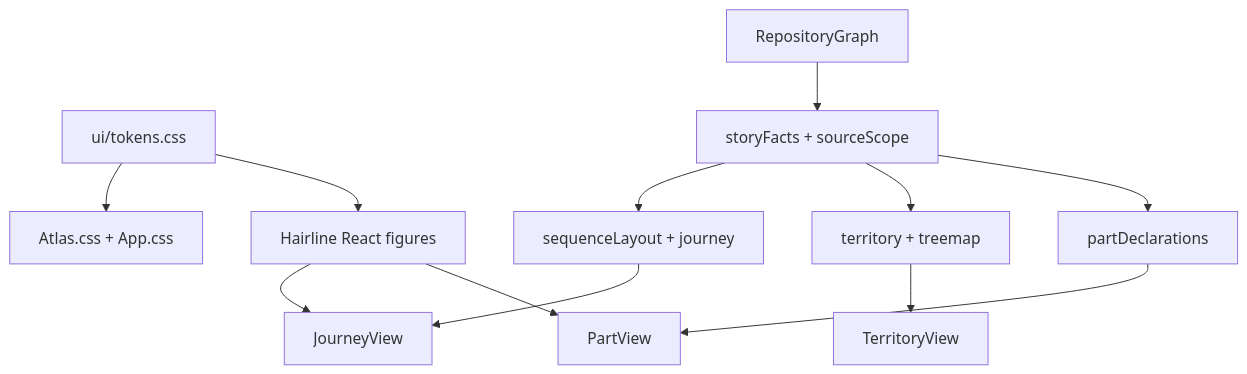
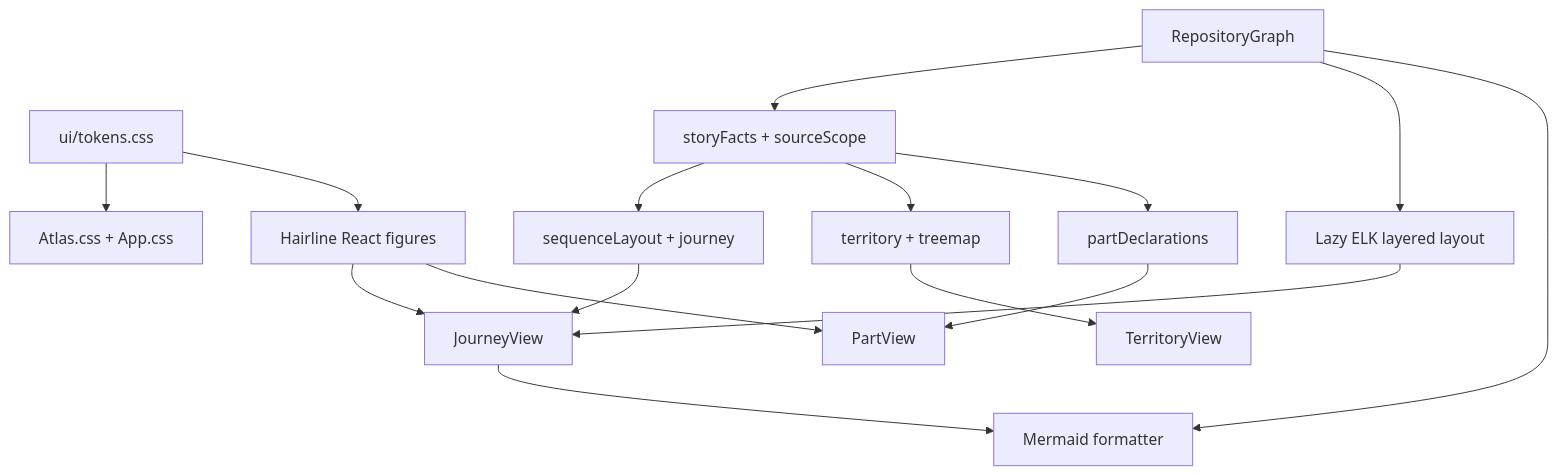
The second of 2 diagrams in README.md (Volpestyle/codebase-atlas), drawn with Mermaid before and after one commit. The commit also changed other lines of this file and 10 other files, not shown here.

Commit message:
feat: export stories as mermaid

````diff
--- a/README.md
+++ b/README.md
@@ -55,14 +60,18 @@
 ```mermaid
 flowchart TD
   Tokens[ui/tokens.css] --> Shell[Atlas.css + App.css]
   Tokens --> Figures[Hairline React figures]
   Graph[RepositoryGraph] --> Facts[storyFacts + sourceScope]
   Facts --> Transit[sequenceLayout + journey]
   Facts --> Coverage[territory + treemap]
   Facts --> Declarations[partDeclarations]
   Transit --> Journey[JourneyView]
+  Graph --> Network[Lazy ELK layered layout]
+  Network --> Journey
+  Graph --> Export[Mermaid formatter]
+  Journey --> Export
   Coverage --> Territory[TerritoryView]
   Declarations --> Part[PartView]
   Figures --> Journey
   Figures --> Part
 ```
````
